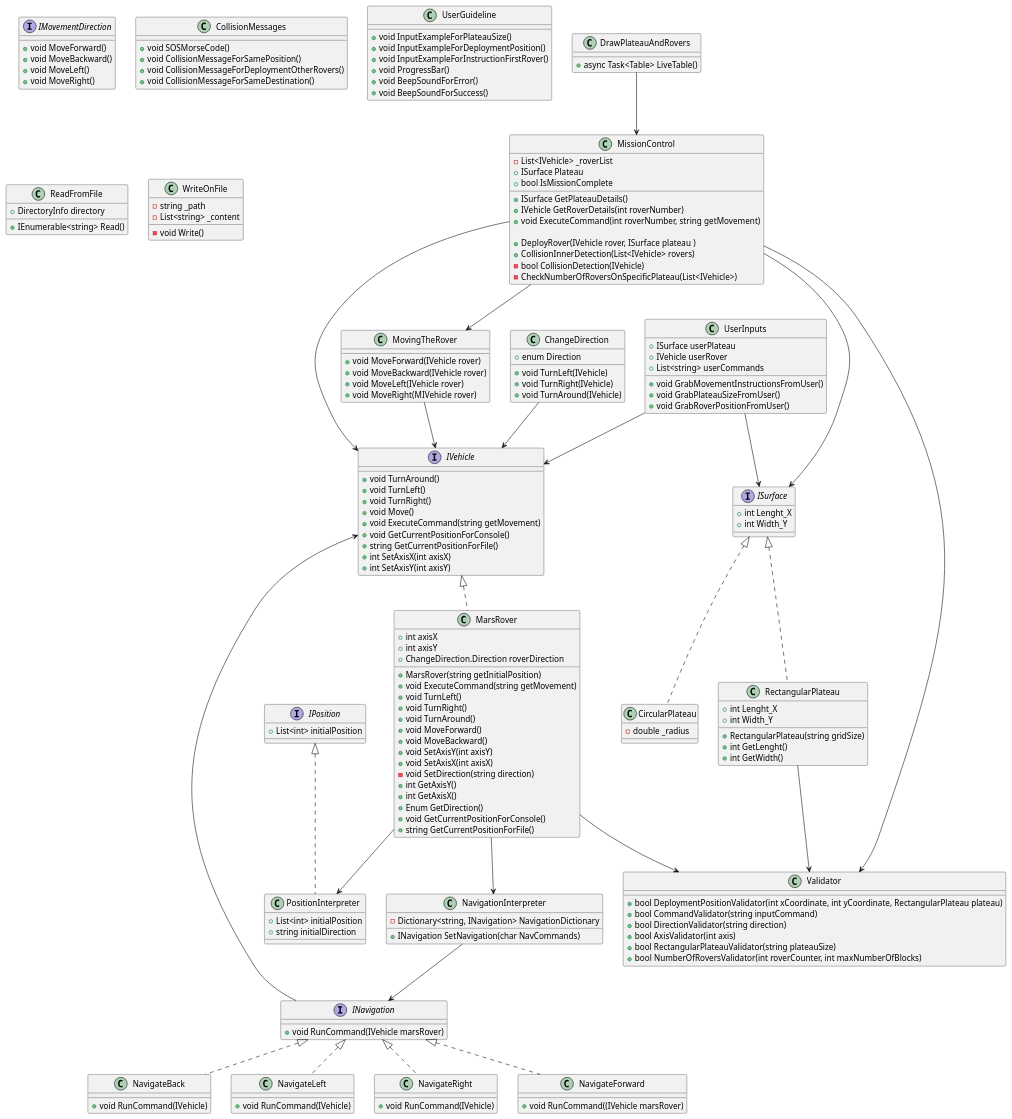
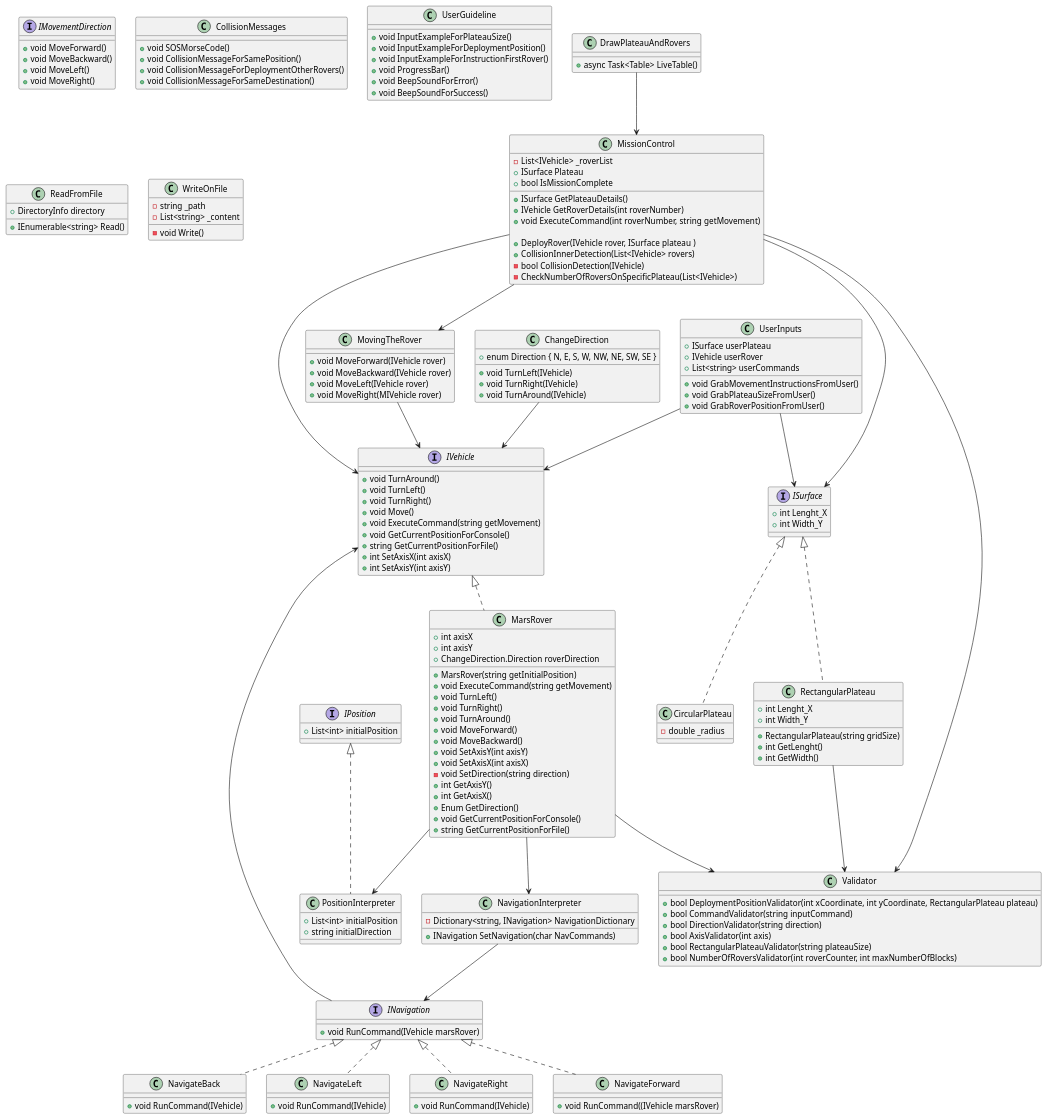
One commit to vahidkianfar/Mars-Rover-Project changed the diagram in Mars-Rover-Project/UML-Diagram/MarsRover.puml. Above: the diagram before and after it, drawn with PlantUML. The commit also changed 4 other files, not shown here.

```diff
--- a/Mars-Rover-Project/UML-Diagram/MarsRover.puml
+++ b/Mars-Rover-Project/UML-Diagram/MarsRover.puml
@@ -118,7 +118,7 @@
 }
 class ChangeDirection
 {
-+ enum Direction
++ enum Direction { N, E, S, W, NW, NE, SW, SE }
 + void TurnLeft(IVehicle)
 + void TurnRight(IVehicle)
 + void TurnAround(IVehicle)
```
